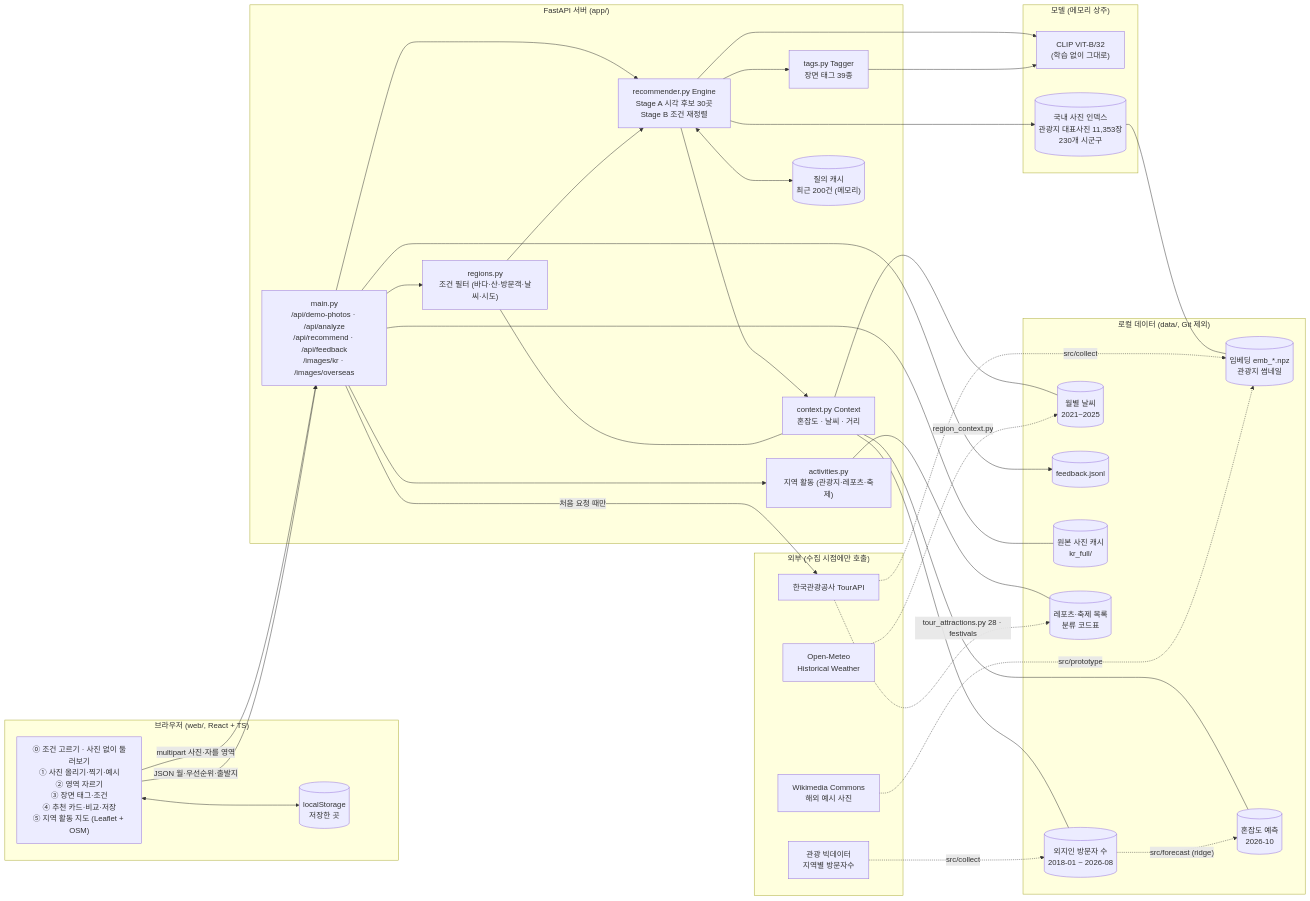
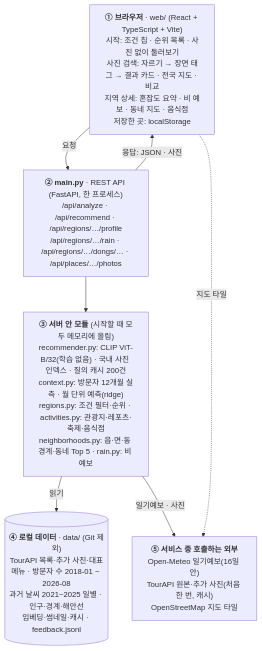
One commit to pihet/abroad-to-korea changed the first of 4 diagrams in docs/ARCHITECTURE.md. Above: the diagram before and after it, drawn with Mermaid. The commit also changed other lines of this file and 1 other file, not shown here.

````diff
--- a/docs/ARCHITECTURE.md
+++ b/docs/ARCHITECTURE.md
@@ -8,69 +9,15 @@
 ```mermaid
-flowchart LR
-  subgraph Browser["브라우저 (web/, React + TS)"]
-    UI["⓪ 조건 고르기 · 사진 없이 둘러보기\n① 사진 올리기·찍기·예시\n② 영역 자르기\n③ 장면 태그·조건\n④ 추천 카드·비교·저장\n⑤ 지역 활동 지도 (Leaflet + OSM)"]
-    LS[("localStorage\n저장한 곳")]
-  end
+flowchart TB
+  B["<b>① 브라우저</b> · web/ (React + TypeScript + Vite)<br/>시작: 조건 칩 · 순위 목록 · 사진 없이 둘러보기<br/>사진 검색: 자르기 → 장면 태그 → 결과 카드 · 전국 지도 · 비교<br/>지역 상세: 혼잡도 요약 · 비 예보 · 동네 지도 · 음식점<br/>저장한 곳: localStorage"]
+  A["<b>② main.py</b> · REST API (FastAPI, 한 프로세스)<br/>/api/analyze · /api/recommend · /api/regions/…/profile<br/>/api/regions/…/rain · /api/regions/…/dongs/… · /api/places/…/photos"]
+  M["<b>③ 서버 안 모듈</b> (시작할 때 모두 메모리에 올림)<br/>recommender.py: CLIP ViT-B/32(학습 없음) · 국내 사진 인덱스 · 질의 캐시 200건<br/>context.py: 방문자 12개월 실측 · 월 단위 예측(ridge)<br/>regions.py: 조건 필터·순위 · activities.py: 관광지·레포츠·축제·음식점<br/>neighborhoods.py: 읍·면·동 경계·동네 Top 5 · rain.py: 비 예보"]
+  D[("<b>④ 로컬 데이터</b> · data/ (Git 제외)<br/>TourAPI 목록·추가 사진·대표메뉴 · 방문자 수 2018-01 ~ 2026-08<br/>과거 날씨 2021~2025 일별 · 인구·경계·해안선<br/>임베딩·썸네일·캐시 · feedback.jsonl")]
+  X["<b>⑤ 서비스 중 호출하는 외부</b><br/>Open-Meteo 일기예보(16일 안)<br/>TourAPI 원본·추가 사진(처음 한 번, 캐시)<br/>OpenStreetMap 지도 타일"]
 
-  subgraph Server["FastAPI 서버 (app/)"]
-    API["main.py\n/api/demo-photos · /api/analyze\n/api/recommend · /api/feedback\n/images/kr · /images/overseas"]
-    ENG["recommender.py Engine\nStage A 시각 후보 30곳\nStage B 조건 재정렬"]
-    TAG["tags.py Tagger\n장면 태그 39종"]
-    CTX["context.py Context\n혼잡도 · 날씨 · 거리"]
-    ACT["activities.py\n지역 활동 (관광지·레포츠·축제)"]
-    REG["regions.py\n조건 필터 (바다·산·방문객·날씨·시도)"]
-    CACHE[("질의 캐시\n최근 200건 (메모리)")]
-  end
-
-  subgraph Model["모델 (메모리 상주)"]
-    CLIP["CLIP ViT-B/32\n(학습 없이 그대로)"]
-    IDX[("국내 사진 인덱스\n관광지 대표사진 11,353장\n230개 시군구")]
-  end
-
-  subgraph Files["로컬 데이터 (data/, Git 제외)"]
-    EMB[("임베딩 emb_*.npz\n관광지 썸네일")]
-    VIS[("외지인 방문자 수\n2018-01 ~ 2026-08")]
-    FC[("혼잡도 예측\n2026-10")]
-    WX[("월별 날씨\n2021~2025")]
-    FB[("feedback.jsonl")]
-    IMGC[("원본 사진 캐시\nkr_full/")]
-    TL[("레포츠·축제 목록\n분류 코드표")]
-  end
-
-  subgraph External["외부 (수집 시점에만 호출)"]
-    TOUR["한국관광공사 TourAPI"]
-    DL["관광 빅데이터\n지역별 방문자수"]
-    OM["Open-Meteo\nHistorical Weather"]
-    WC["Wikimedia Commons\n해외 예시 사진"]
-  end
-
-  UI -- "multipart 사진·자를 영역" --> API
-  UI -- "JSON 월·우선순위·출발지" --> API
-  UI <--> LS
-  API --> ENG
-  ENG --> CLIP
-  ENG --> IDX
-  ENG --> TAG
-  ENG --> CTX
-  ENG <--> CACHE
-  API --> ACT
-  API --> REG
-  REG --> ENG
-  REG --- CTX
-  ACT --- TL
-  TAG --> CLIP
-  IDX --- EMB
-  CTX --- VIS
-  CTX --- FC
-  CTX --- WX
-  API --> FB
-  API -- "처음 요청 때만" --> TOUR
-  API --- IMGC
-
-  TOUR -. "src/collect" .-> EMB
-  TOUR -. "tour_attractions.py 28 · festivals" .-> TL
-  DL -. "src/collect" .-> VIS
-  VIS -. "src/forecast (ridge)" .-> FC
-  OM -. "region_context.py" .-> WX
-  WC -. "src/prototype" .-> EMB
+  B -- "요청" --> A
+  A -- "응답: JSON · 사진" --> B
+  A --> M
+  M -- "읽기" --> D
+  M -- "일기예보 · 사진" --> X
+  B -. "지도 타일" .-> X
 ```
````
